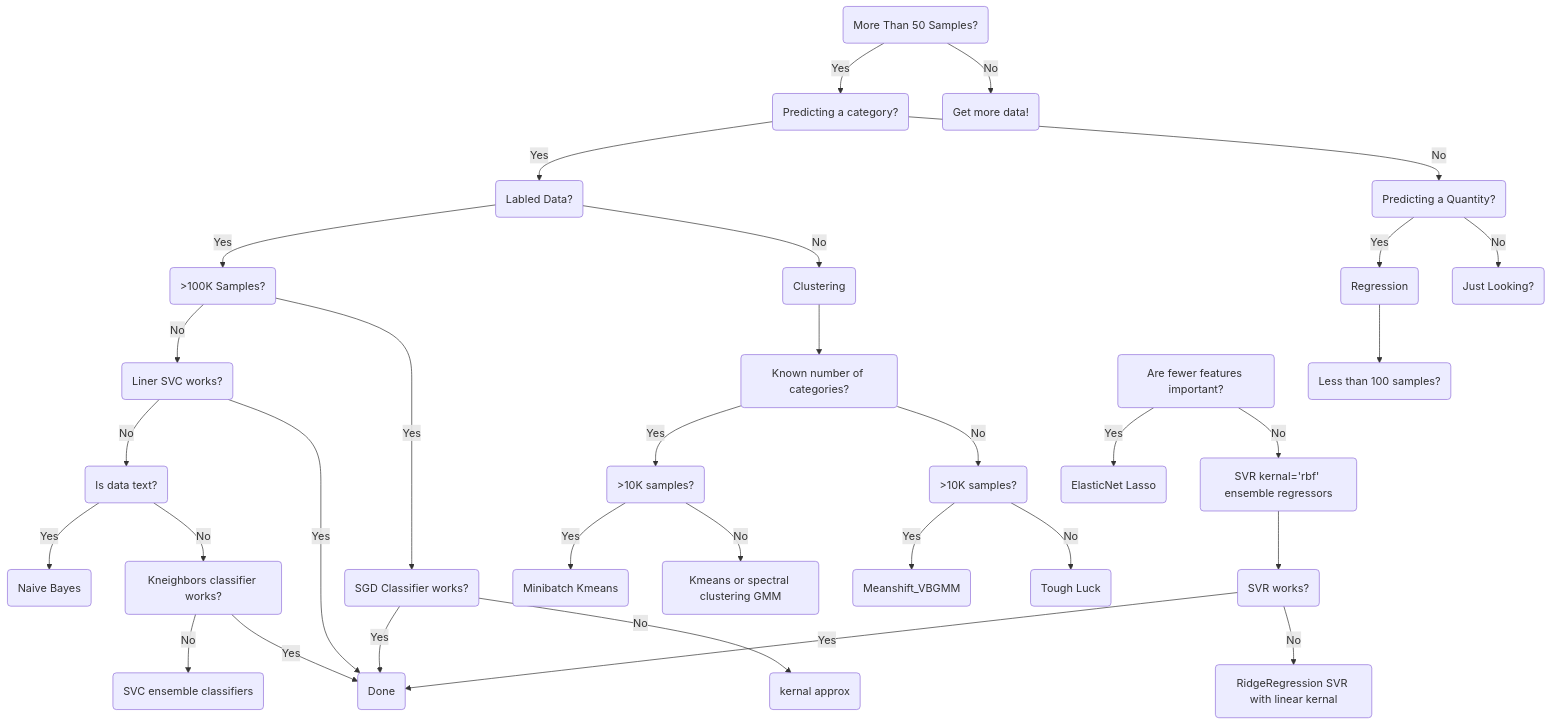
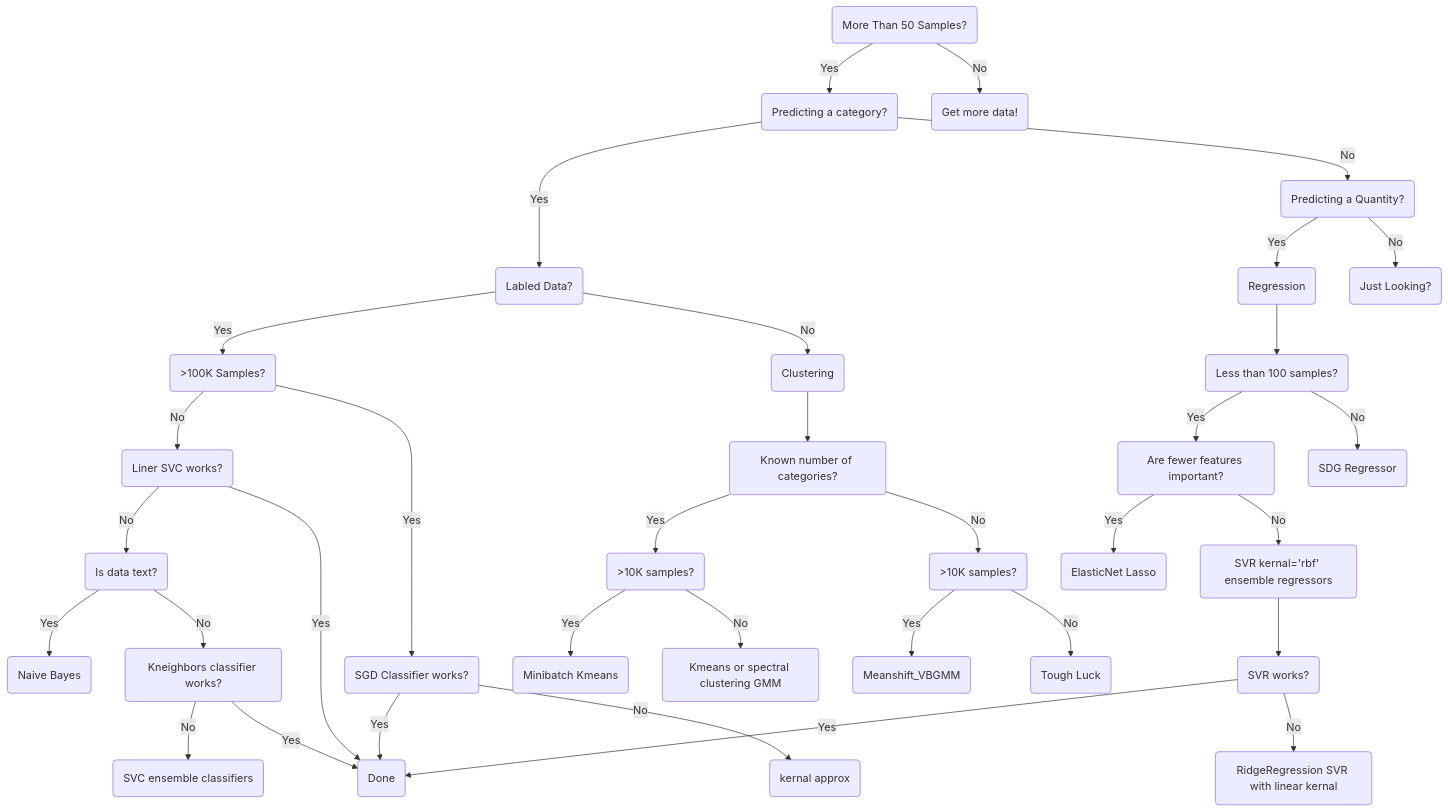
The diagram in ML_Cheatsheet.md (hwetsman/Public_Notes), drawn with Mermaid before and after one commit.

````diff
--- a/ML_Cheatsheet.md
+++ b/ML_Cheatsheet.md
@@ -1,68 +1,71 @@
 ```mermaid
 flowchart TD
 id1(More Than 50 Samples?)
   id2(Predicting a category?)
     id1-->|Yes|id2
     id4(Labled Data?)
       id2-->|Yes|id4
       id6(>100K Samples?)
         id4-->|Yes|id6
         id14(Clustering)
         id15(Known number of categories?)
           id16(>10K samples?)
           id17(>10K samples?)
           id15-->|Yes|id16
             id20(Meanshift_VBGMM)
             id98(Tough Luck)
             id17-->|Yes|id20
             id17-->|No|id98
           id15-->|No|id17
             id18(Minibatch Kmeans)
             id19(Kmeans or spectral clustering GMM)
             id16-->|Yes|id18
             id16-->|No|id19
         id14-->id15
         id4-->|No|id14
         id7(Liner SVC works?)
         id6-->|No|id7
         id8(SGD Classifier works?)
           id8-->|Yes|id99
           id13(kernal approx)
           id8-->|No|id13
         id6-->|Yes|id8
           id9(Is data text?)
           id7-->|No|id9
             id10(Naive Bayes)
             id9-->|Yes|id10
             id11(Kneighbors classifier works?)
             id9-->|No|id11
               id12(SVC ensemble classifiers)
               id11-->|No|id12
               id99(Done)
                 id7-->|Yes|id99
               id11-->|Yes|id99
     id5(Predicting a Quantity?)
       id2-->|No|id5
       id30(Regression)
         id32(Less than 100 samples?)
           id33(Are fewer features important?)
+            id32-->|Yes|id33
             id34(ElasticNet Lasso)
               id33-->|Yes|id34
             id35(SVR kernal='rbf' ensemble regressors)
               id33-->|No|id35
             id36(SVR works?)
               id35-->id36
             id37(RidgeRegression SVR with linear kernal)
               id36-->|Yes|id99
               id36-->|No|id37
+        id38(SDG Regressor)
+          id32-->|No|id38
       id31(Just Looking?)
         id5-->|Yes|id30
         id30-->id32
         id5-->|No|id31
 
 
   id3(Get more data!)
     id1-->|No|id3
   
   
 ```
````
